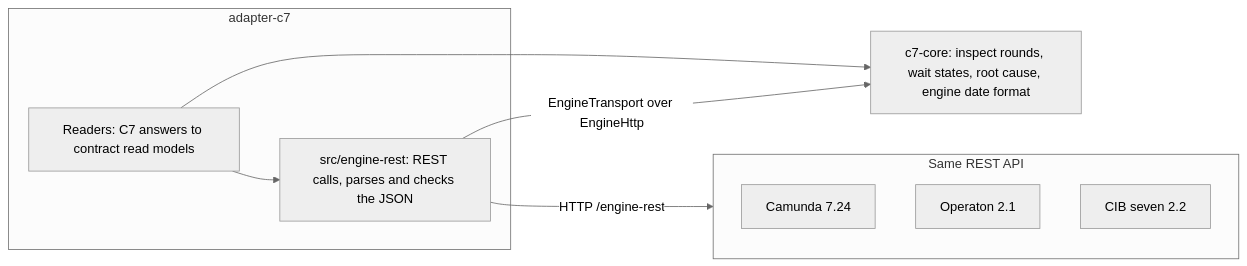
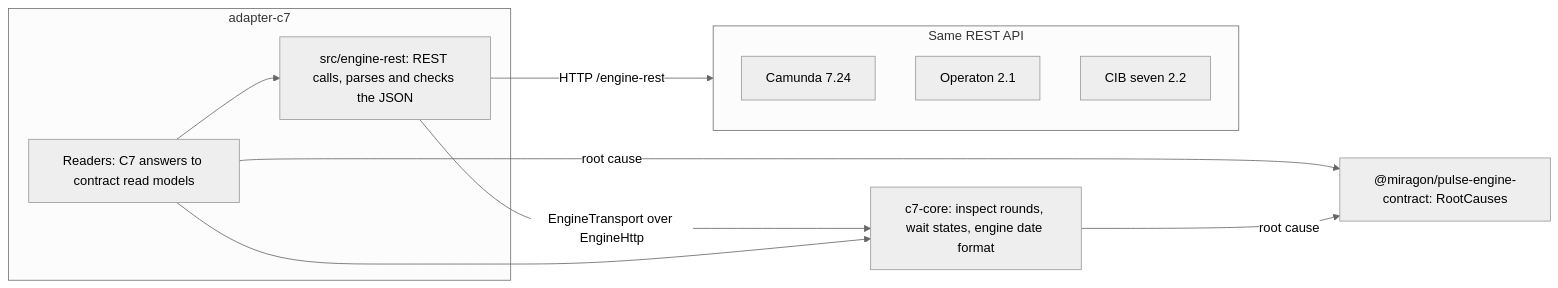
Before and after one commit to Miragon/pulse: the diagram in apps/vscode/docs/adr/c7-adapter.md, drawn with Mermaid (neutral theme). The commit also changed other lines of this file and 33 other files, not shown here.

````diff
--- a/apps/vscode/docs/adr/c7-adapter.md
+++ b/apps/vscode/docs/adr/c7-adapter.md
@@ -13,17 +13,20 @@
 ```mermaid
 flowchart LR
   subgraph adapter [adapter-c7]
     readers[Readers: C7 answers to contract read models]
     rest[src/engine-rest: REST calls, parses and checks the JSON]
   end
-  core[c7-core: inspect rounds, wait states, root cause, engine date format]
+  core[c7-core: inspect rounds, wait states, engine date format]
+  rules["@miragon/pulse-engine-contract: RootCauses"]
   rest -- "EngineTransport over EngineHttp" --> core
   readers --> core
+  readers -- root cause --> rules
+  core -- root cause --> rules
   subgraph family [Same REST API]
     camunda7[Camunda 7.24]
     operaton[Operaton 2.1]
     cibseven[CIB seven 2.2]
   end
   readers --> rest
   rest -- HTTP /engine-rest --> family
 ```
````
